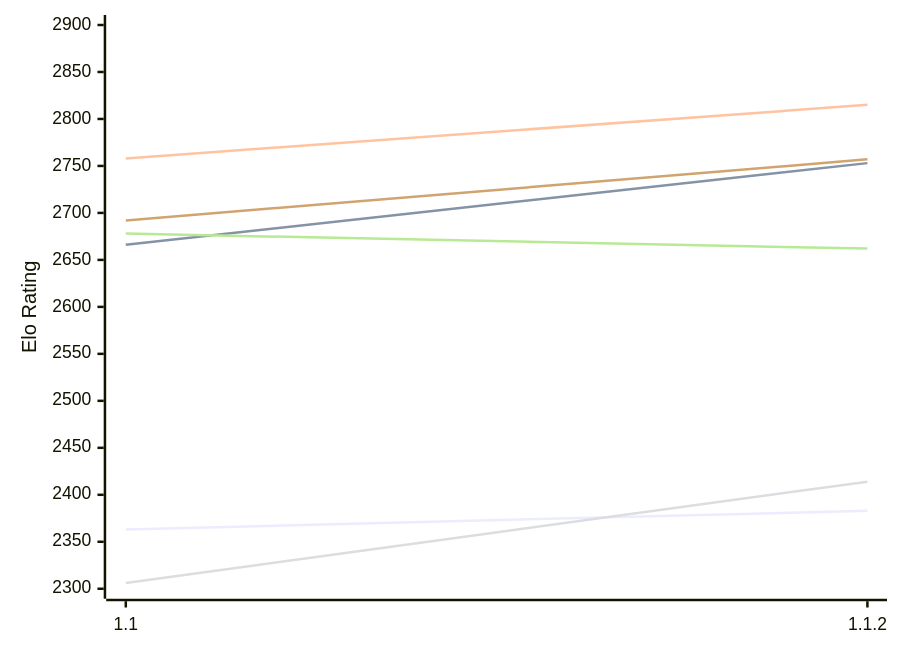
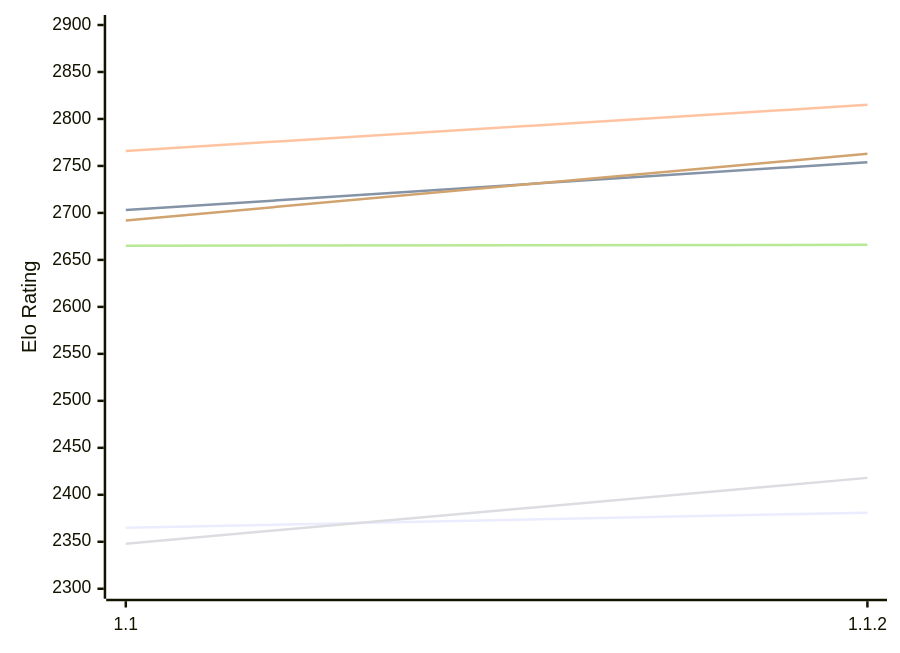
One commit to computer-chess-index/cci changed the first of 2 diagrams in engines/Casanchess.md. Above: the diagram before and after it, drawn with Mermaid. The commit also changed other lines of this file, not shown here.

Commit message:
Update CCI Ratings (ELO VLTC) - 2026-11-17

````diff
--- a/engines/Casanchess.md
+++ b/engines/Casanchess.md
@@ -51,12 +51,12 @@
 ```mermaid
 %%{init: {"theme":"base","themeVariables":{"seriesColors:['#a3a3a3','#222221','#faa371']}}}%%
 xychart-beta
   x-axis ["1.1", "1.1.2"]
   y-axis "Elo Rating" 2300 --> 2900
-  line "E1: STC (8.0+0.08s)" [2363, 2383]
-  line "E1: LTC (60.0+0.60s)" [2666, 2753]
-  line "E1: VLTC (2m24s+1.12s)" [2758, 2815]
-  line "P1: STC (8.0+0.08s)" [2306, 2414]
-  line "P1: LTC (60.0+0.60s)" [2678, 2662]
-  line "P1: VLTC (2m24s+1.12s)" [2692, 2757]
+  line "E1: STC (8.0+0.08s)" [2365, 2381]
+  line "E1: LTC (60.0+0.60s)" [2703, 2754]
+  line "E1: VLTC (2m24s+1.12s)" [2766, 2815]
+  line "P1: STC (8.0+0.08s)" [2348, 2418]
+  line "P1: LTC (60.0+0.60s)" [2665, 2666]
+  line "P1: VLTC (2m24s+1.12s)" [2692, 2763]
 ```
````
